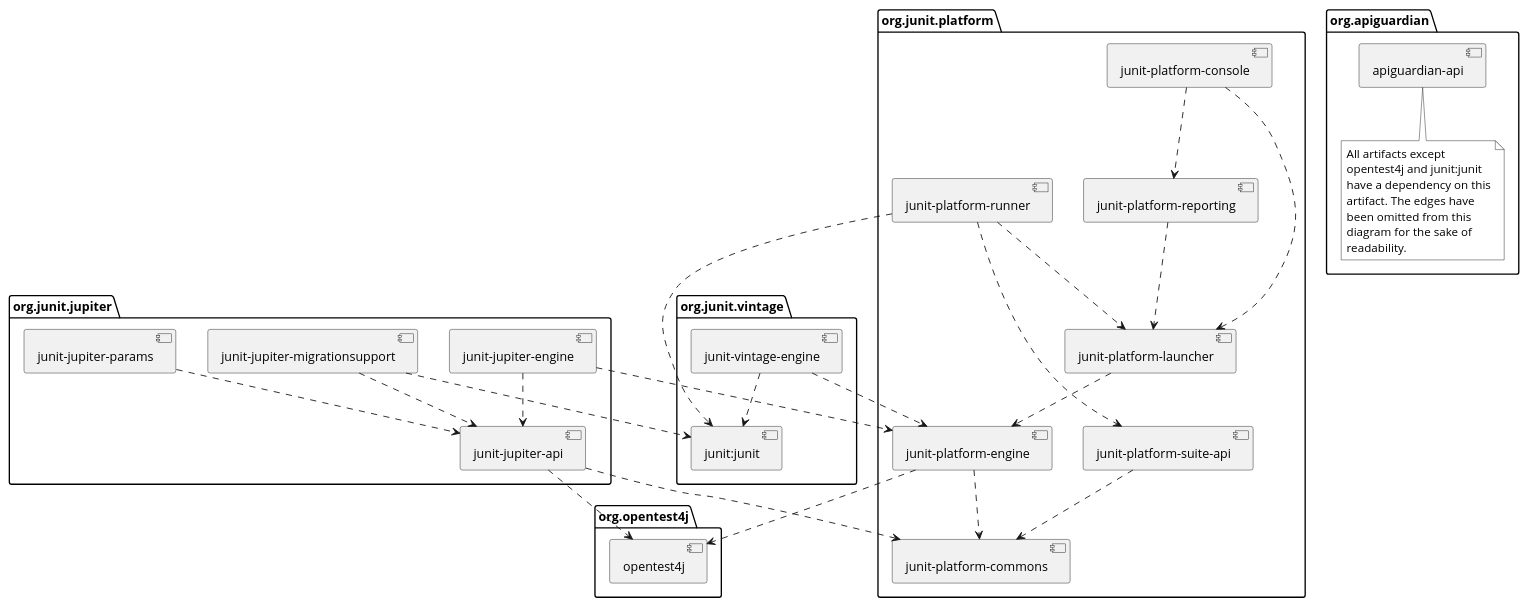
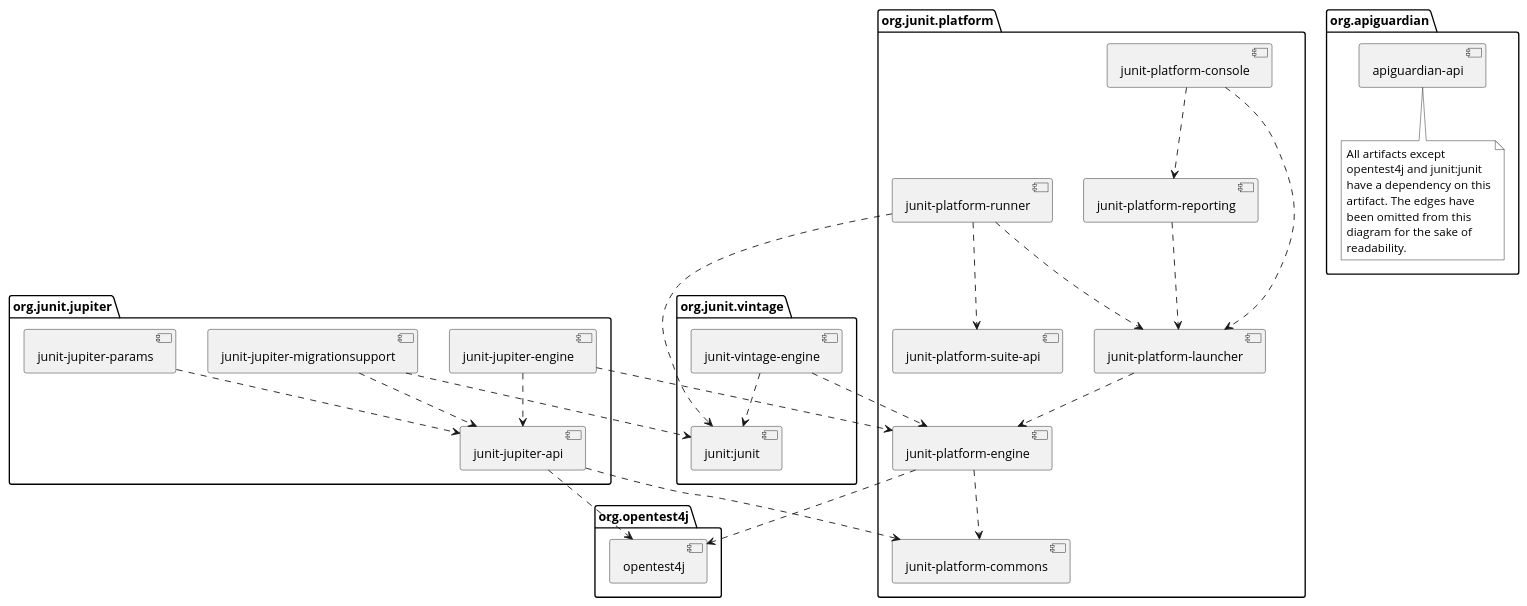
Before and after one commit to junit-team/junit5: the diagram in documentation/src/docs/asciidoc/user-guide/appendix.adoc, drawn with PlantUML. The commit also changed 2 other files, not shown here.

Commit message:
Remove junit-platform-suite-api's dependency on junit-platform-commons
Prior to this commit, the `junit-platform-suite-api` had a direct
dependency on `junit-platform-commons` which it does not need.

This commit simply removes that unnecessary dependency.

Fixes: #1690

```diff
--- a/documentation/src/docs/asciidoc/user-guide/appendix.adoc
+++ b/documentation/src/docs/asciidoc/user-guide/appendix.adoc
@@ -98,74 +98,72 @@
 [plantuml, component-diagram, svg]
 ----
 skinparam {
     defaultFontName Open Sans
 }
 
 package org.junit.jupiter {
     [junit-jupiter-api] as jupiter_api
     [junit-jupiter-engine] as jupiter_engine
     [junit-jupiter-params] as jupiter_params
     [junit-jupiter-migrationsupport] as jupiter_migration_support
 }
 
 package org.junit.vintage {
     [junit-vintage-engine] as vintage_engine
     [junit:junit] as junit4
 }
 
 package org.junit.platform {
     [junit-platform-commons] as commons
     [junit-platform-console] as console
     [junit-platform-engine] as engine
     [junit-platform-launcher] as launcher
     [junit-platform-reporting] as reporting
     [junit-platform-runner] as runner
     [junit-platform-suite-api] as suite_api
 }
 
 package org.opentest4j {
     [opentest4j]
 }
 
 package org.apiguardian {
     [apiguardian-api] as apiguardian
     note bottom of apiguardian #white
         All artifacts except
         opentest4j and junit:junit
         have a dependency on this
         artifact. The edges have
         been omitted from this
         diagram for the sake of
         readability.
     endnote
 }
 
 jupiter_api ..> opentest4j
 jupiter_api ..> commons
 
 jupiter_engine ..> engine
 jupiter_engine ..> jupiter_api
 
 jupiter_params ..> jupiter_api
 jupiter_migration_support ..> jupiter_api
 jupiter_migration_support ..> junit4
 
 console ..> launcher
 console ..> reporting
 
 launcher ..> engine
 
 engine ..> opentest4j
 engine ..> commons
 
 reporting ..> launcher
 
 runner ..> launcher
 runner ..> suite_api
 runner ..> junit4
 
-suite_api ..> commons
-
 vintage_engine ..> engine
 vintage_engine ..> junit4
 ----
```
